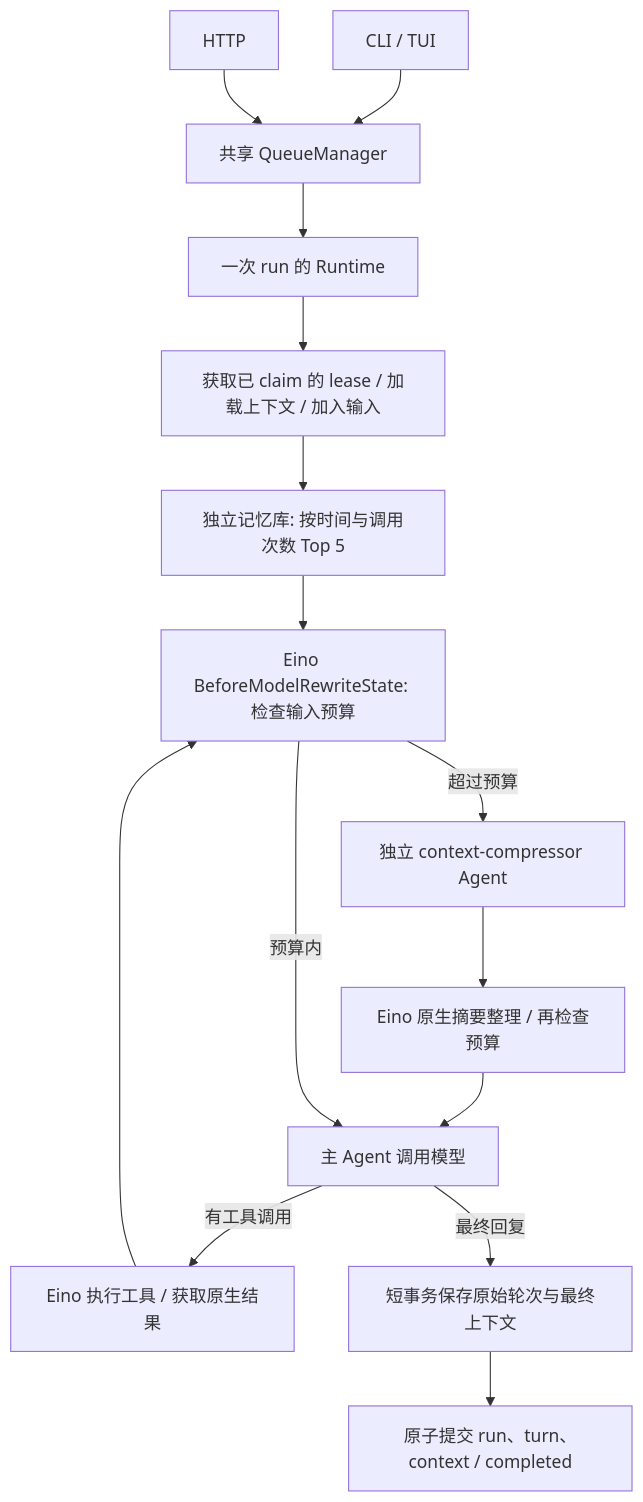
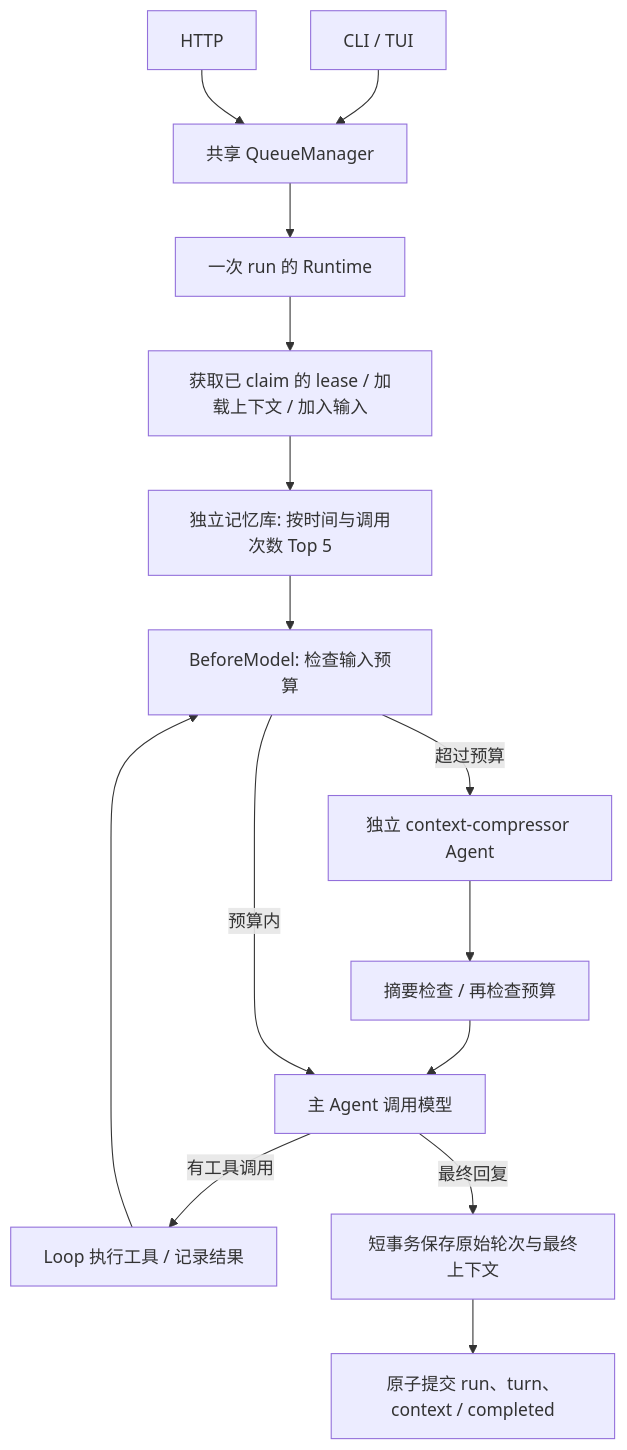
One commit to RichZDS/easygo_agent changed the diagram in README.md. Above: the diagram before and after it, drawn with Mermaid. The commit also changed other lines of this file and 68 other files, not shown here.

````diff
--- a/README.md
+++ b/README.md
@@ -7,18 +13,18 @@
 ```mermaid
 flowchart TD
   CLI[CLI / TUI] --> Queue[共享 QueueManager]
   HTTP[HTTP] --> Queue
   Queue --> Runtime[一次 run 的 Runtime]
   Runtime --> Load[获取已 claim 的 lease / 加载上下文 / 加入输入]
   Load --> Recall[独立记忆库: 按时间与调用次数 Top 5]
   Recall --> Check
-  Check[Eino BeforeModelRewriteState: 检查输入预算]
+  Check[BeforeModel: 检查输入预算]
   Check -->|超过预算| Summary[独立 context-compressor Agent]
-  Summary --> Finalize[Eino 原生摘要整理 / 再检查预算]
+  Summary --> Finalize[摘要检查 / 再检查预算]
   Finalize --> Model[主 Agent 调用模型]
   Check -->|预算内| Model
-  Model -->|有工具调用| Tools[Eino 执行工具 / 获取原生结果]
+  Model -->|有工具调用| Tools[Loop 执行工具 / 记录结果]
   Tools --> Check
   Model -->|最终回复| Save[短事务保存原始轮次与最终上下文]
   Save --> Done[原子提交 run、turn、context / completed]
 ```
````
